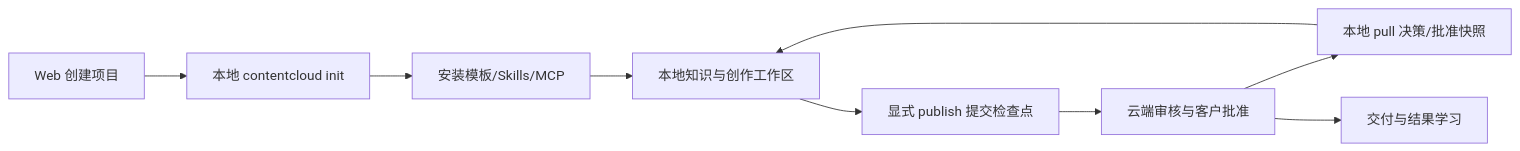
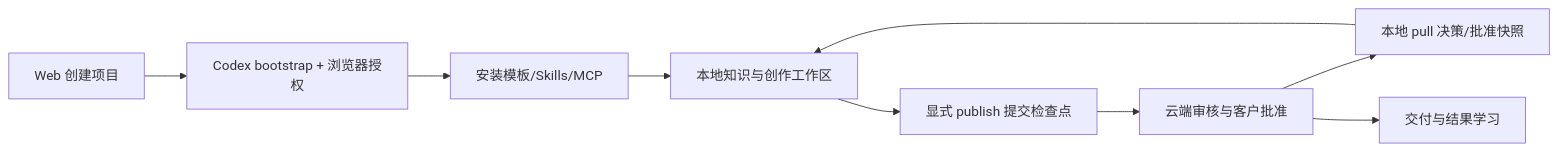
The first of 2 diagrams in docs/roadmap/v2/README.md (limecloud/contentcloud), drawn with Mermaid before and after one commit. The commit also changed other lines of this file and 81 other files, not shown here.

````diff
--- a/docs/roadmap/v2/README.md
+++ b/docs/roadmap/v2/README.md
@@ -15,11 +15,11 @@
 ```mermaid
 flowchart LR
-    W[Web 创建项目] --> I[本地 contentcloud init]
+    W[Web 创建项目] --> I[Codex bootstrap + 浏览器授权]
     I --> A[安装模板/Skills/MCP]
     A --> C[本地知识与创作工作区]
     C --> P[显式 publish 提交检查点]
     P --> R[云端审核与客户批准]
     R --> U[本地 pull 决策/批准快照]
     U --> C
     R --> D[交付与结果学习]
 ```
````
